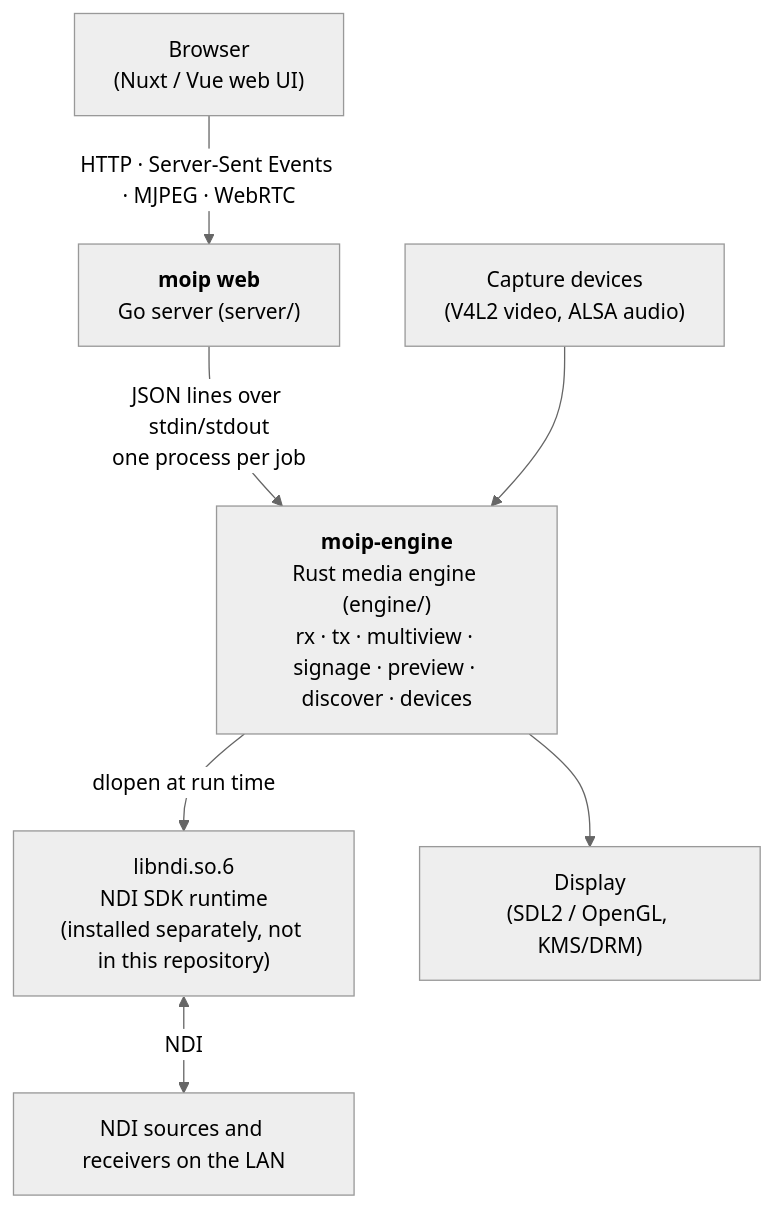
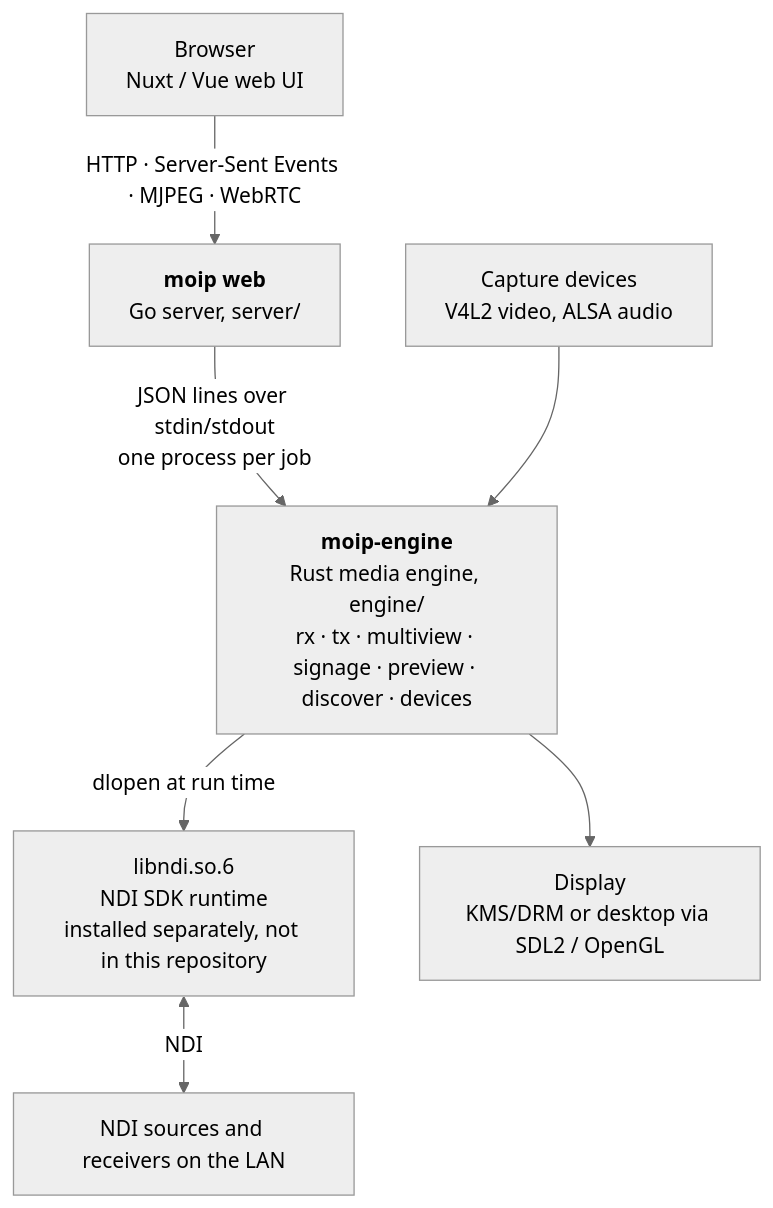
One commit to TechnoTUT/moip-toolkit changed the diagram in README.md. Above: the diagram before and after it, drawn with Mermaid (neutral theme). The commit also changed other lines of this file and 1 other file, not shown here.

First line of the commit message:
docs: describe KMS/DRM as the default output and trim asides

````diff
--- a/README.md
+++ b/README.md
@@ -10,17 +10,17 @@
 ```mermaid
 flowchart TD
-    browser["Browser<br/>(Nuxt / Vue web UI)"]
-    server["<b>moip web</b><br/>Go server (server/)"]
-    engine["<b>moip-engine</b><br/>Rust media engine (engine/)<br/>rx · tx · multiview · signage · preview · discover · devices"]
-    ndi["libndi.so.6<br/>NDI SDK runtime<br/>(installed separately, not in this repository)"]
-    display["Display<br/>(SDL2 / OpenGL, KMS/DRM)"]
-    capture["Capture devices<br/>(V4L2 video, ALSA audio)"]
+    browser["Browser<br/>Nuxt / Vue web UI"]
+    server["<b>moip web</b><br/>Go server, server/"]
+    engine["<b>moip-engine</b><br/>Rust media engine, engine/<br/>rx · tx · multiview · signage · preview · discover · devices"]
+    ndi["libndi.so.6<br/>NDI SDK runtime<br/>installed separately, not in this repository"]
+    display["Display<br/>KMS/DRM or desktop via SDL2 / OpenGL"]
+    capture["Capture devices<br/>V4L2 video, ALSA audio"]
     lan["NDI sources and receivers on the LAN"]
 
     browser -- "HTTP · Server-Sent Events · MJPEG · WebRTC" --> server
     server -- "JSON lines over stdin/stdout<br/>one process per job" --> engine
     engine -- "dlopen at run time" --> ndi
     ndi <-- "NDI" --> lan
     engine --> display
     capture --> engine
 ```
````
